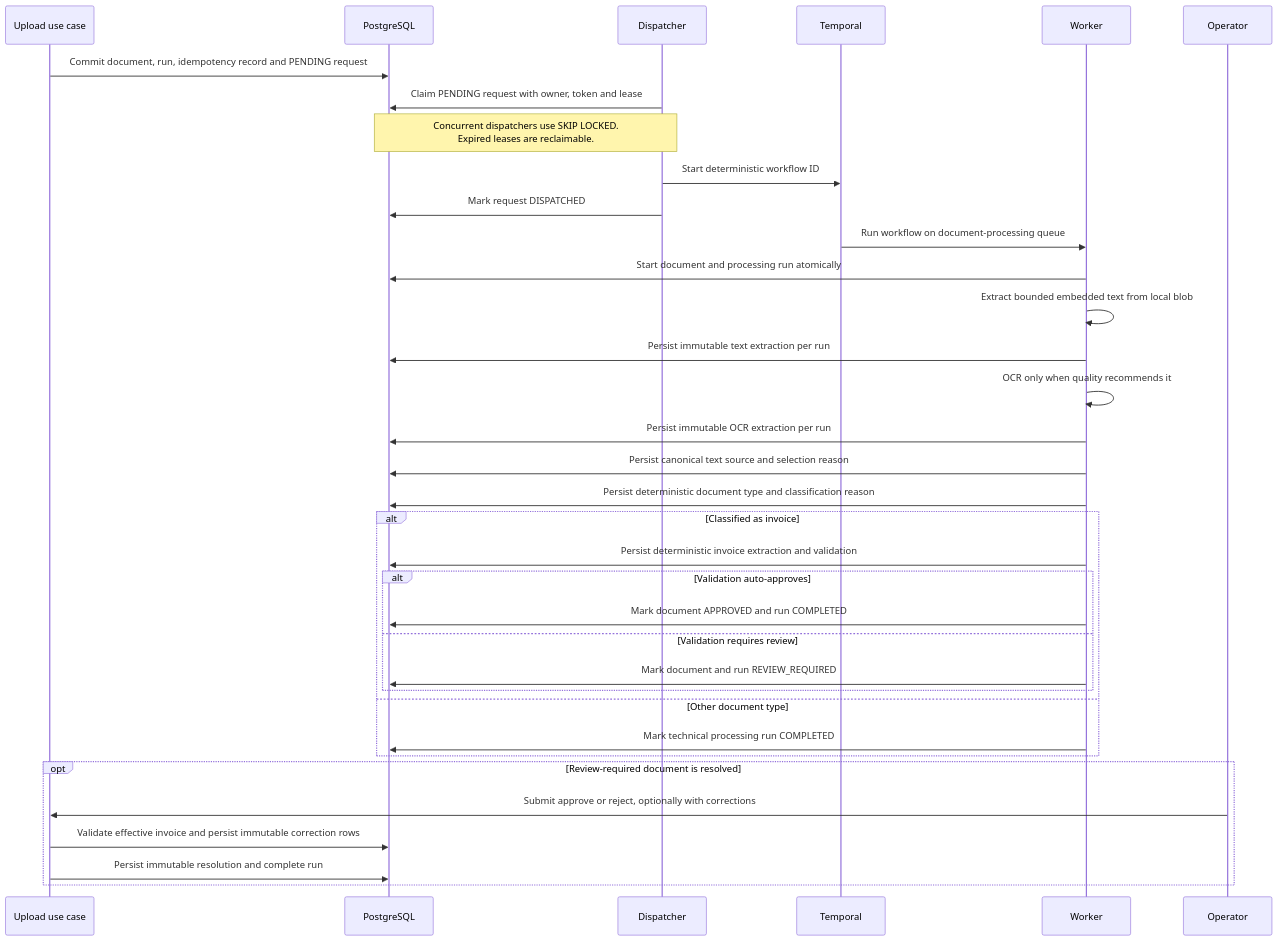
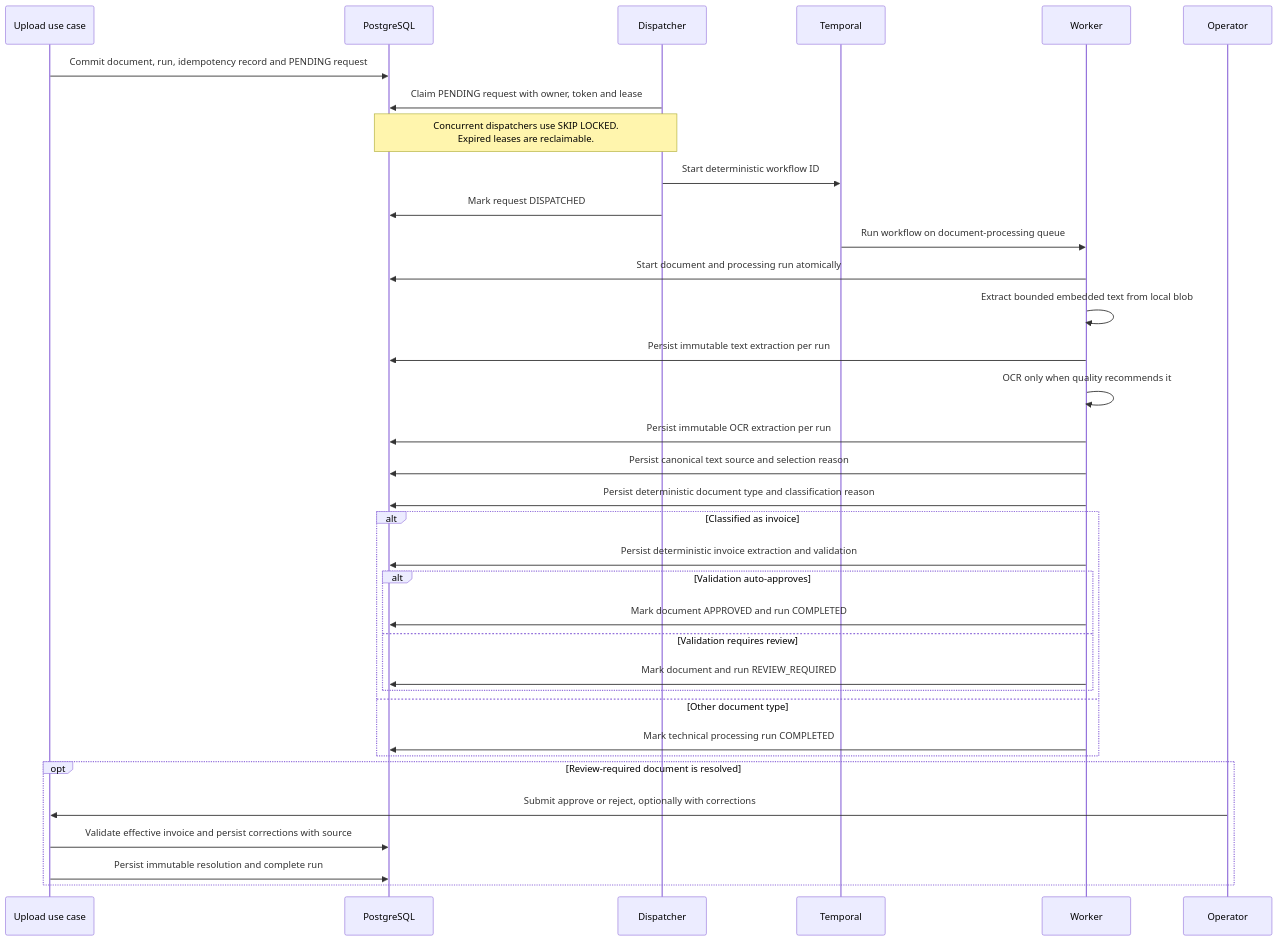
Before and after one commit to PietroRussoD/ai-document-processing-platform: the fourth of 13 diagrams in docs/architecture.md, drawn with Mermaid. The commit also changed other lines of this file and 24 other files, not shown here.

````diff
--- a/docs/architecture.md
+++ b/docs/architecture.md
@@ -125,38 +125,38 @@
 ```mermaid
 sequenceDiagram
     participant API as Upload use case
     participant DB as PostgreSQL
     participant Dispatcher
     participant Temporal
     participant Worker
     participant Operator
 
     API->>DB: Commit document, run, idempotency record and PENDING request
     Dispatcher->>DB: Claim PENDING request with owner, token and lease
     Note over Dispatcher,DB: Concurrent dispatchers use SKIP LOCKED.<br/>Expired leases are reclaimable.
     Dispatcher->>Temporal: Start deterministic workflow ID
     Dispatcher->>DB: Mark request DISPATCHED
     Temporal->>Worker: Run workflow on document-processing queue
     Worker->>DB: Start document and processing run atomically
     Worker->>Worker: Extract bounded embedded text from local blob
     Worker->>DB: Persist immutable text extraction per run
     Worker->>Worker: OCR only when quality recommends it
     Worker->>DB: Persist immutable OCR extraction per run
     Worker->>DB: Persist canonical text source and selection reason
     Worker->>DB: Persist deterministic document type and classification reason
     alt Classified as invoice
         Worker->>DB: Persist deterministic invoice extraction and validation
         alt Validation auto-approves
             Worker->>DB: Mark document APPROVED and run COMPLETED
         else Validation requires review
             Worker->>DB: Mark document and run REVIEW_REQUIRED
         end
     else Other document type
         Worker->>DB: Mark technical processing run COMPLETED
     end
     opt Review-required document is resolved
         Operator->>API: Submit approve or reject, optionally with corrections
-        API->>DB: Validate effective invoice and persist immutable correction rows
+        API->>DB: Validate effective invoice and persist corrections with source
         API->>DB: Persist immutable resolution and complete run
     end
 ```
````
